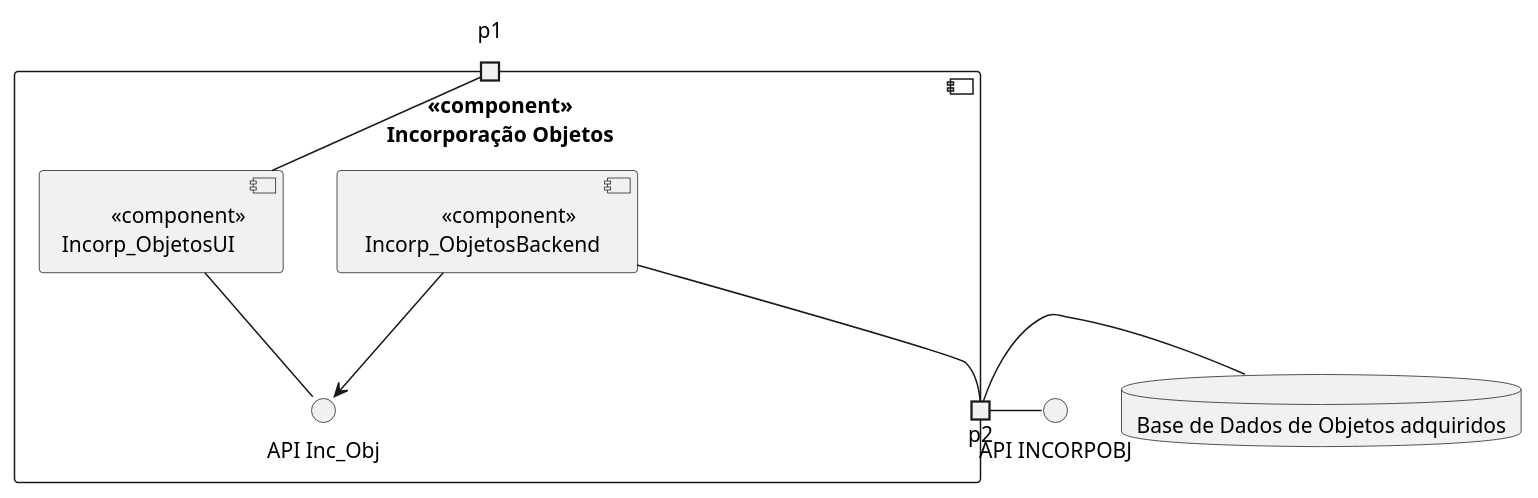
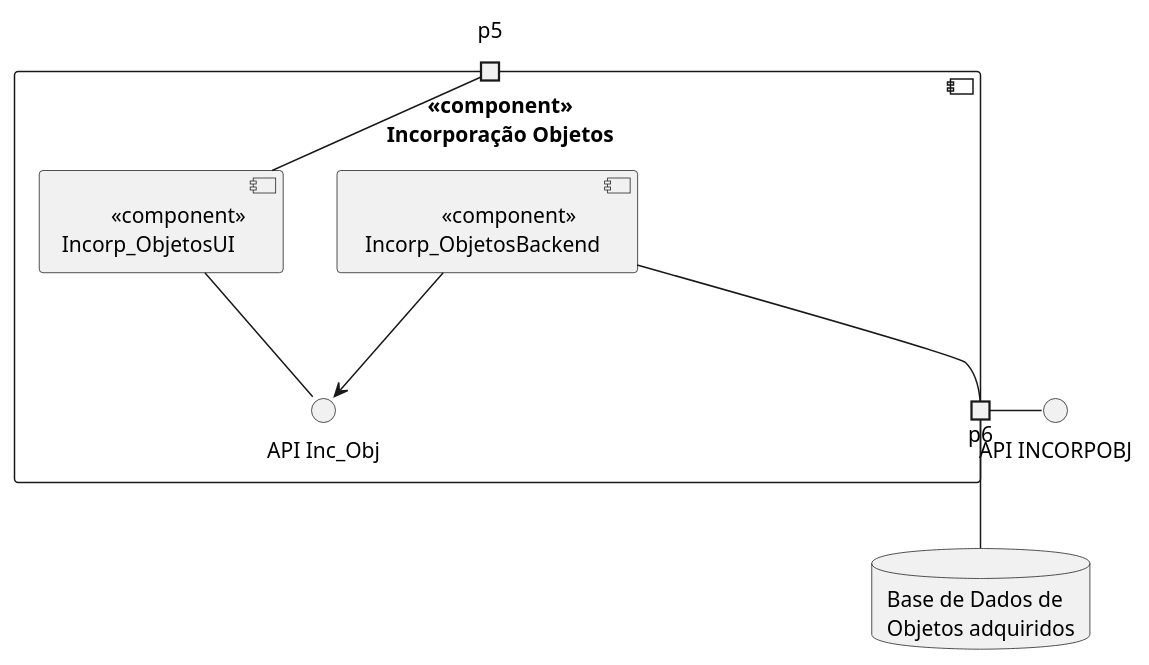
Before and after one commit to Norton1337/INFOR_2223: the diagram in Incorp_Objetos/componentDiagram.puml, drawn with PlantUML. The commit also changed 9 other files, not shown here.

```diff
--- a/Incorp_Objetos/componentDiagram.puml
+++ b/Incorp_Objetos/componentDiagram.puml
@@ -1,27 +1,27 @@
 @startuml
 
 component  " <<component>>\n Incorporação Objetos" {
-    portin p1
-    portout p2
-    component "         <<component>>\nIncorp_ObjetosUI" as UI
-    component "               <<component>>\n Incorp_ObjetosBackend" as Backend
-    interface "API Inc_Obj" as API
+    portin p5
+    portout p6
+    component "         <<component>>\nIncorp_ObjetosUI" as UI2
+    component "               <<component>>\n Incorp_ObjetosBackend" as Backend2
+    interface "API Inc_Obj" as API3
     
  
 }
 
-database "Base de Dados de Objetos adquiridos" as BD {
+database "Base de Dados de\nObjetos adquiridos" as BD2 {
 
 }
 
-interface "API INCORPOBJ" as API2
+interface "API INCORPOBJ" as API4
 
-UI -- p1
-UI -- API
-Backend --> API
-Backend -- p2
-p2- API2
-p2- BD
+UI2 -- p5
+UI2 -- API3
+Backend2 --> API3
+Backend2 -- p6
+p6- API4
+p6-- BD2
 
 
 @enduml
```
